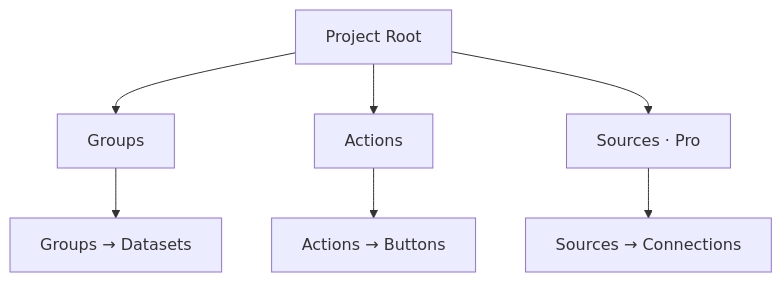
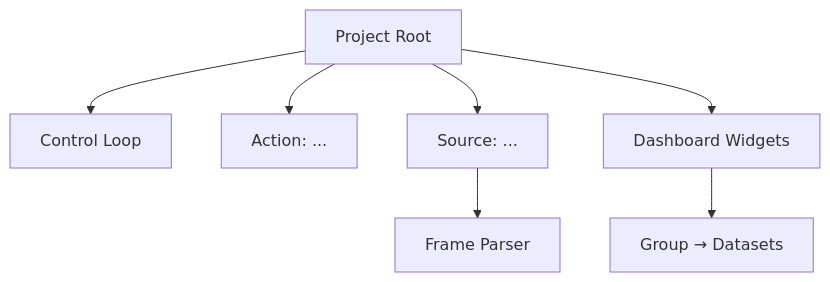
One commit to Serial-Studio/Serial-Studio changed the first of 2 diagrams in doc/help/Project-Editor.md. Above: the diagram before and after it, drawn with Mermaid. The commit also changed other lines of this file and 92 other files, not shown here.

````diff
--- a/doc/help/Project-Editor.md
+++ b/doc/help/Project-Editor.md
@@ -13,10 +13,10 @@
 ```mermaid
 flowchart TD
     Root["Project Root"]
-    Root --> Groups
-    Root --> Actions
-    Root --> Sources["Sources · Pro"]
-    Groups --> G["Groups → Datasets"]
-    Actions --> A["Actions → Buttons"]
-    Sources --> S["Sources → Connections"]
+    Root --> CL["Control Loop"]
+    Root --> A["Action: ..."]
+    Root --> S["Source: ..."]
+    Root --> DW["Dashboard Widgets"]
+    S --> FP["Frame Parser"]
+    DW --> G["Group → Datasets"]
 ```
````
